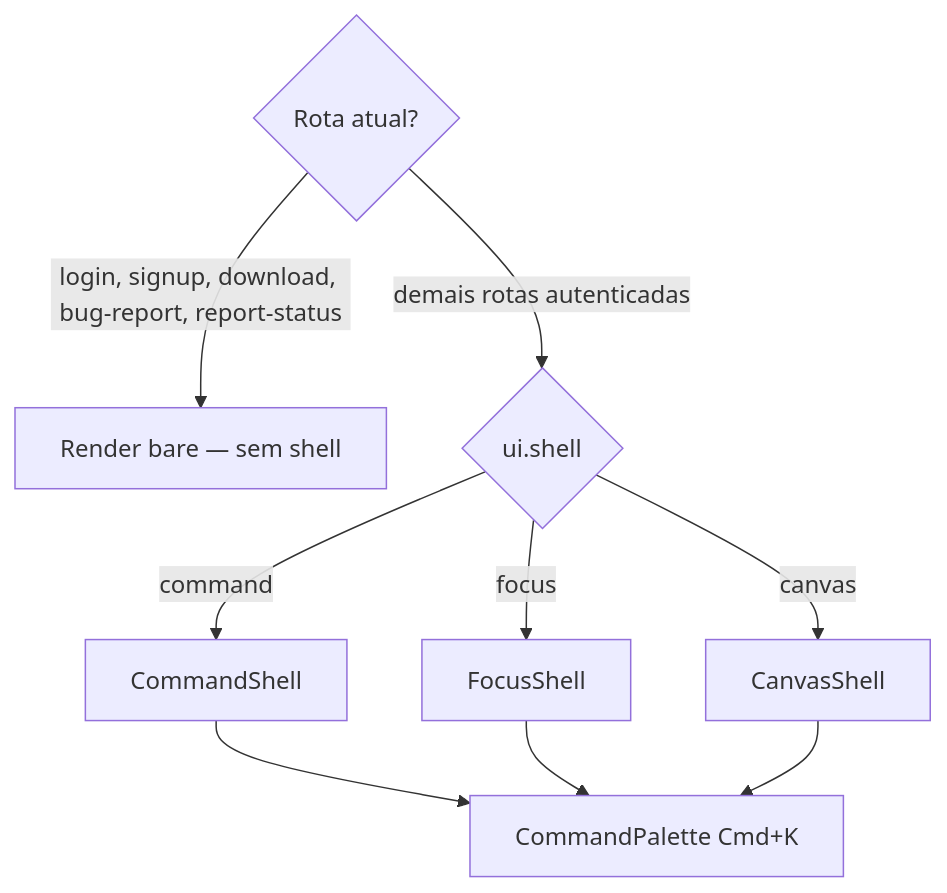
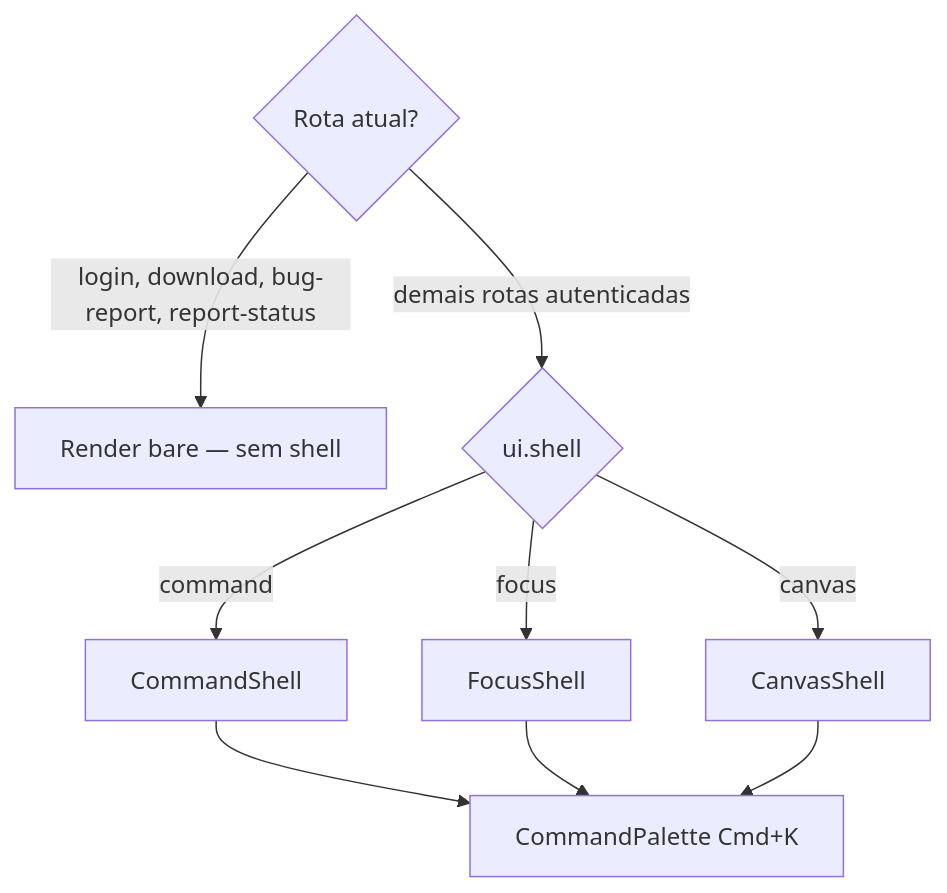
Before and after one commit to Os-Guri-Do-Agro/workflow-web: the diagram in docs/design-system.md, drawn with Mermaid. The commit also changed 19 other files, not shown here.

Commit message:
feat: implement base shell architecture, authentication flow, and public-access service structure

````diff
--- a/docs/design-system.md
+++ b/docs/design-system.md
@@ -113,10 +113,10 @@
 ```mermaid
 flowchart TD
   Route{Rota atual?}
-  Route -->|login, signup, download, bug-report, report-status| Bare[Render bare — sem shell]
+  Route -->|login, download, bug-report, report-status| Bare[Render bare — sem shell]
   Route -->|demais rotas autenticadas| Shell{ui.shell}
   Shell -->|command| CS[CommandShell]
   Shell -->|focus| FS[FocusShell]
   Shell -->|canvas| CaS[CanvasShell]
   CS & FS & CaS --> CP[CommandPalette Cmd+K]
 ```
````
